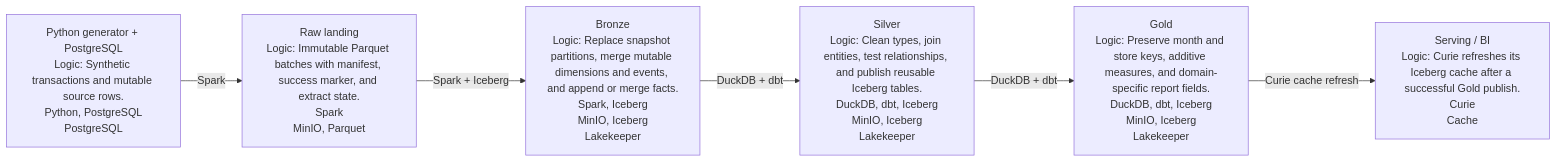
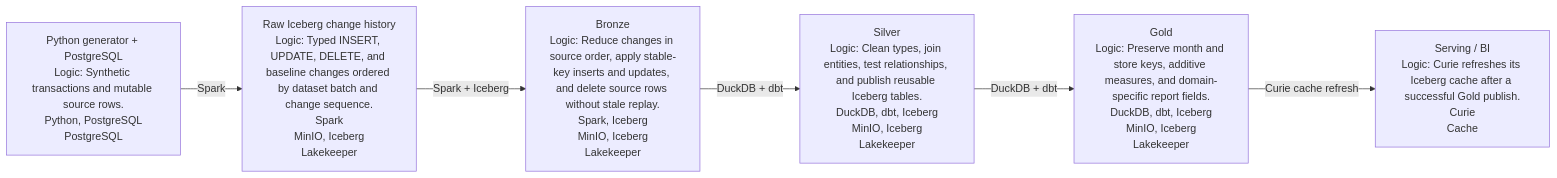
One commit to AntonMiniazev/ampere_project changed the diagram in docs/dataflow/generated/project_dataflow.md. Above: the diagram before and after it, drawn with Mermaid. The commit also changed 52 other files, not shown here.

Commit message:
feat(iceberg): journal source changes into raw

````diff
--- a/docs/dataflow/generated/project_dataflow.md
+++ b/docs/dataflow/generated/project_dataflow.md
@@ -5,15 +5,15 @@
 ```mermaid
 flowchart LR
     L_SOURCE["Python generator + PostgreSQL<br/>Logic: Synthetic transactions and mutable source rows.<br/>Python, PostgreSQL<br/>PostgreSQL"]
-    L_RAW["Raw landing<br/>Logic: Immutable Parquet batches with manifest, success marker, and extract state.<br/>Spark<br/>MinIO, Parquet"]
-    L_BRONZE["Bronze<br/>Logic: Replace snapshot partitions, merge mutable dimensions and events, and append or merge facts.<br/>Spark, Iceberg<br/>MinIO, Iceberg<br/>Lakekeeper"]
+    L_RAW["Raw Iceberg change history<br/>Logic: Typed INSERT, UPDATE, DELETE, and baseline changes ordered by dataset batch and change sequence.<br/>Spark<br/>MinIO, Iceberg<br/>Lakekeeper"]
+    L_BRONZE["Bronze<br/>Logic: Reduce changes in source order, apply stable-key inserts and updates, and delete source rows without stale replay.<br/>Spark, Iceberg<br/>MinIO, Iceberg<br/>Lakekeeper"]
     L_SILVER["Silver<br/>Logic: Clean types, join entities, test relationships, and publish reusable Iceberg tables.<br/>DuckDB, dbt, Iceberg<br/>MinIO, Iceberg<br/>Lakekeeper"]
     L_GOLD["Gold<br/>Logic: Preserve month and store keys, additive measures, and domain-specific report fields.<br/>DuckDB, dbt, Iceberg<br/>MinIO, Iceberg<br/>Lakekeeper"]
     L_SERVING["Serving / BI<br/>Logic: Curie refreshes its Iceberg cache after a successful Gold publish.<br/>Curie<br/>Cache"]
 
     L_SOURCE -->|"Spark"| L_RAW
     L_RAW -->|"Spark + Iceberg"| L_BRONZE
     L_BRONZE -->|"DuckDB + dbt"| L_SILVER
     L_SILVER -->|"DuckDB + dbt"| L_GOLD
     L_GOLD -->|"Curie cache refresh"| L_SERVING
 ```
````
